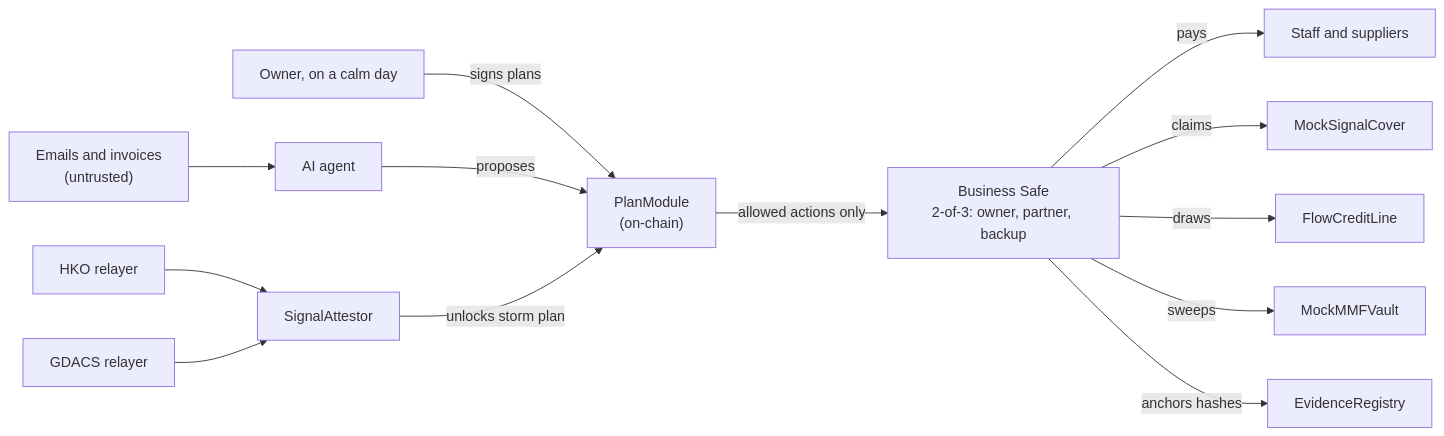
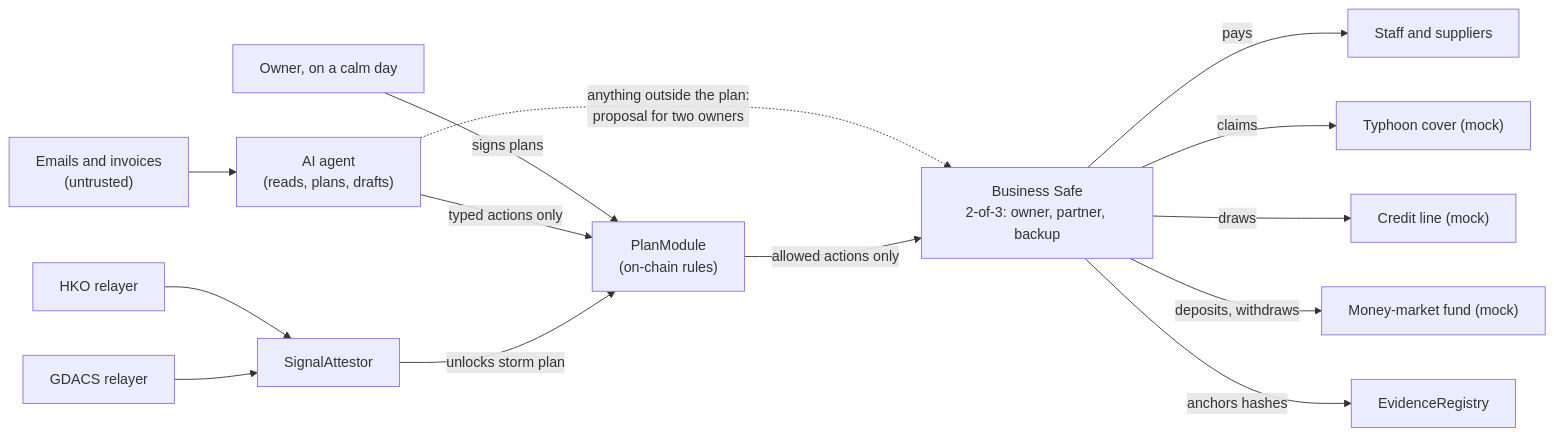
Before and after one commit to beaaan/signal8-wallet: the diagram in README.md, drawn with Mermaid. The commit also changed other lines of this file and 6 other files, not shown here.

````diff
--- a/README.md
+++ b/README.md
@@ -28,29 +44,30 @@
 ```mermaid
 flowchart LR
     owner["Owner, on a calm day"]
     inbox["Emails and invoices<br/>(untrusted)"]
-    agent["AI agent"]
+    agent["AI agent<br/>(reads, plans, drafts)"]
     hko["HKO relayer"]
     gdacs["GDACS relayer"]
     att["SignalAttestor"]
-    plan["PlanModule<br/>(on-chain)"]
+    plan["PlanModule<br/>(on-chain rules)"]
     safe["Business Safe<br/>2-of-3: owner, partner, backup"]
     payees["Staff and suppliers"]
-    cover["MockSignalCover"]
-    credit["FlowCreditLine"]
-    vault["MockMMFVault"]
+    cover["Typhoon cover (mock)"]
+    credit["Credit line (mock)"]
+    vault["Money-market fund (mock)"]
     ev["EvidenceRegistry"]
 
     owner -- "signs plans" --> plan
     inbox --> agent
-    agent -- "proposes" --> plan
+    agent -- "typed actions only" --> plan
+    agent -. "anything outside the plan:<br/>proposal for two owners" .-> safe
     hko --> att
     gdacs --> att
     att -- "unlocks storm plan" --> plan
     plan -- "allowed actions only" --> safe
     safe -- "pays" --> payees
     safe -- "claims" --> cover
     safe -- "draws" --> credit
-    safe -- "sweeps" --> vault
+    safe -- "deposits, withdraws" --> vault
     safe -- "anchors hashes" --> ev
 ```
````
